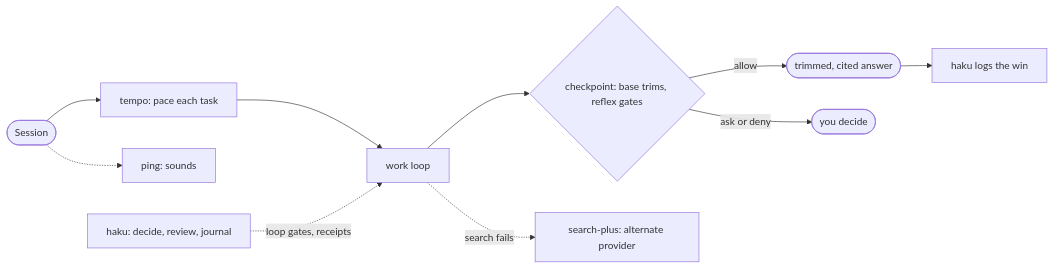
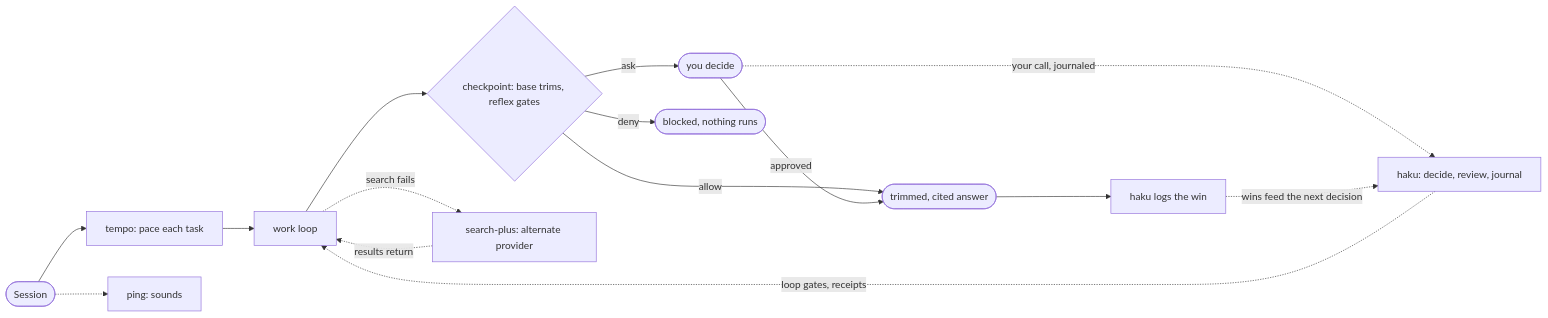
Before and after one commit to shrwnsan/vibekit-claude-plugins: the diagram in README.md, drawn with Mermaid. The commit also changed 1 other file, not shown here.

Commit message:
docs: auto-merge docs: close the session loops in both flow diagrams
The ask path now journals your ruling into haku and approved calls
return to output; deny shows its outcome; search-plus fallback results
return to the work loop. Also restores the haku back-edge lost when PR
157's automerge fired before the fix commit landed.

````diff
--- a/README.md
+++ b/README.md
@@ -35,12 +35,17 @@
 ```mermaid
 flowchart LR
     s(["Session"]) --> t["tempo: pace each task"]
     s -.-> p["ping: sounds"]
     t --> w["work loop"]
     w --> c{"checkpoint: base trims, reflex gates"}
     c -->|"allow"| o(["trimmed, cited answer"])
-    c -->|"ask or deny"| you(["you decide"])
-    h["haku: decide, review, journal"] -.->|"loop gates, receipts"| w
+    c -->|"ask"| you(["you decide"])
+    you -.->|"your call, journaled"| h["haku: decide, review, journal"]
+    you -->|"approved"| o
+    c -->|"deny"| stop(["blocked, nothing runs"])
+    h -.->|"loop gates, receipts"| w
     o --> hj["haku logs the win"]
+    hj -.->|"wins feed the next decision"| h
     w -.->|"search fails"| sp["search-plus: alternate provider"]
+    sp -.->|"results return"| w
 ```
````
